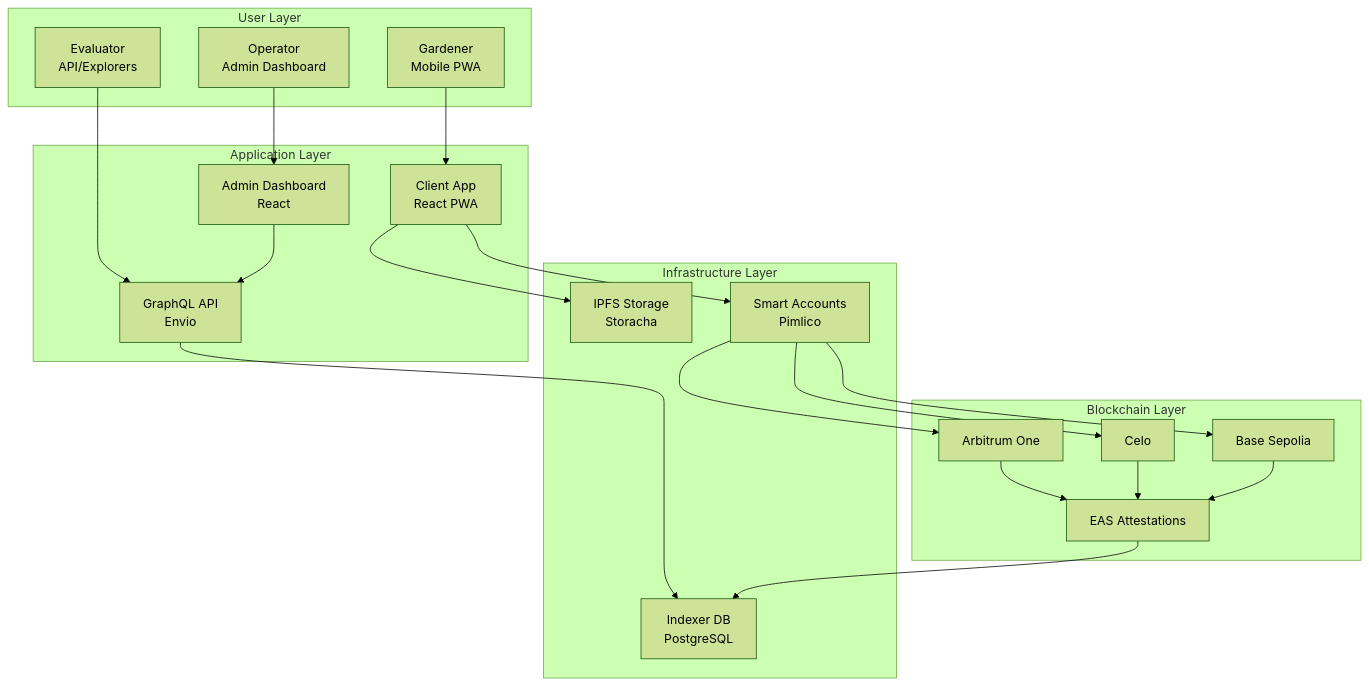
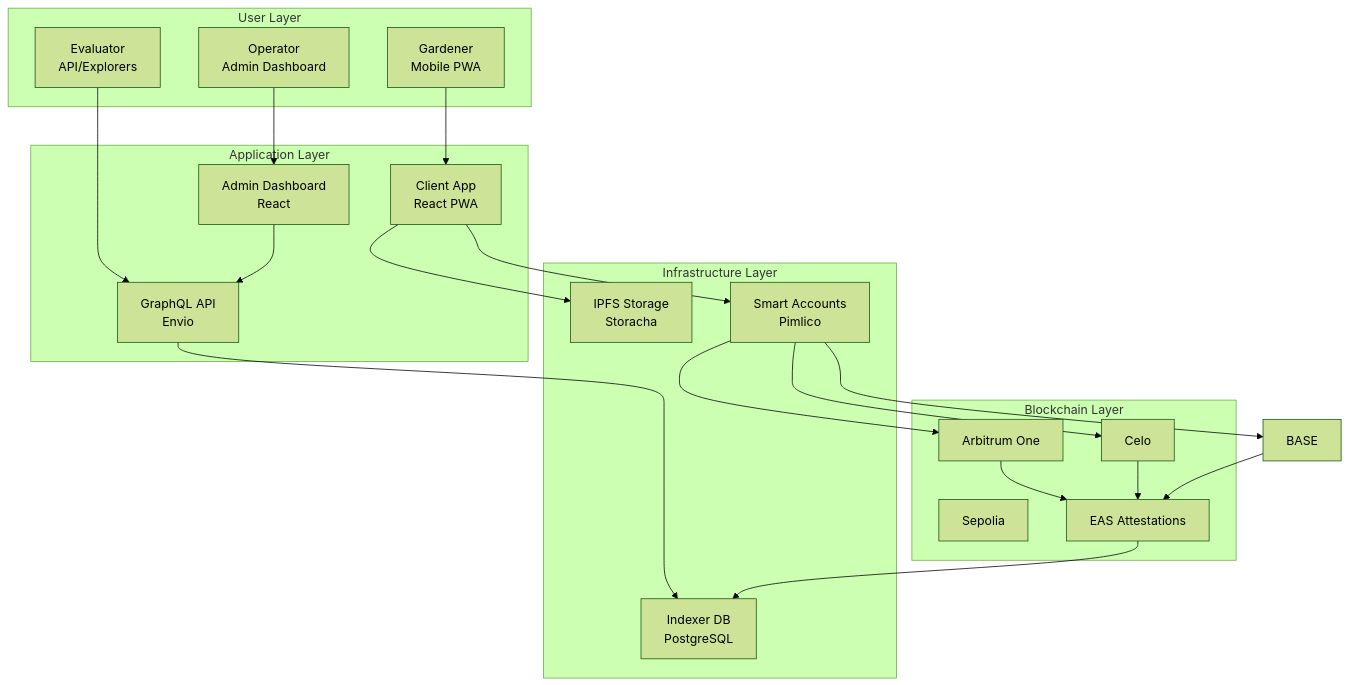
One commit to greenpill-dev-guild/green-goods changed the diagram in docs/docs/features/architecture.md. Above: the diagram before and after it, drawn with Mermaid (forest theme). The commit also changed other lines of this file and 80 other files, not shown here.

````diff
--- a/docs/docs/features/architecture.md
+++ b/docs/docs/features/architecture.md
@@ -11,38 +11,38 @@
 ```mermaid
 graph TD
   subgraph Users["User Layer"]
     G[Gardener<br/>Mobile PWA]
     O[Operator<br/>Admin Dashboard]
     E[Evaluator<br/>API/Explorers]
   end
 
   subgraph Apps["Application Layer"]
     C[Client App<br/>React PWA]
     A[Admin Dashboard<br/>React]
     GQL[GraphQL API<br/>Envio]
   end
 
   subgraph Infra["Infrastructure Layer"]
     IPFS[IPFS Storage<br/>Storacha]
     SA[Smart Accounts<br/>Pimlico]
     DB[Indexer DB<br/>PostgreSQL]
   end
 
   subgraph Chain["Blockchain Layer"]
     ARB[Arbitrum One]
     CELO[Celo]
-    BASE[Base Sepolia]
+    SEP[Sepolia]
     EAS[EAS Attestations]
   end
 
   G --> C
   O --> A
   E --> GQL
   C --> IPFS
   C --> SA
   A --> GQL
   GQL --> DB
   SA --> ARB & CELO & BASE
   ARB & CELO & BASE --> EAS
   EAS --> DB
 ```
````
